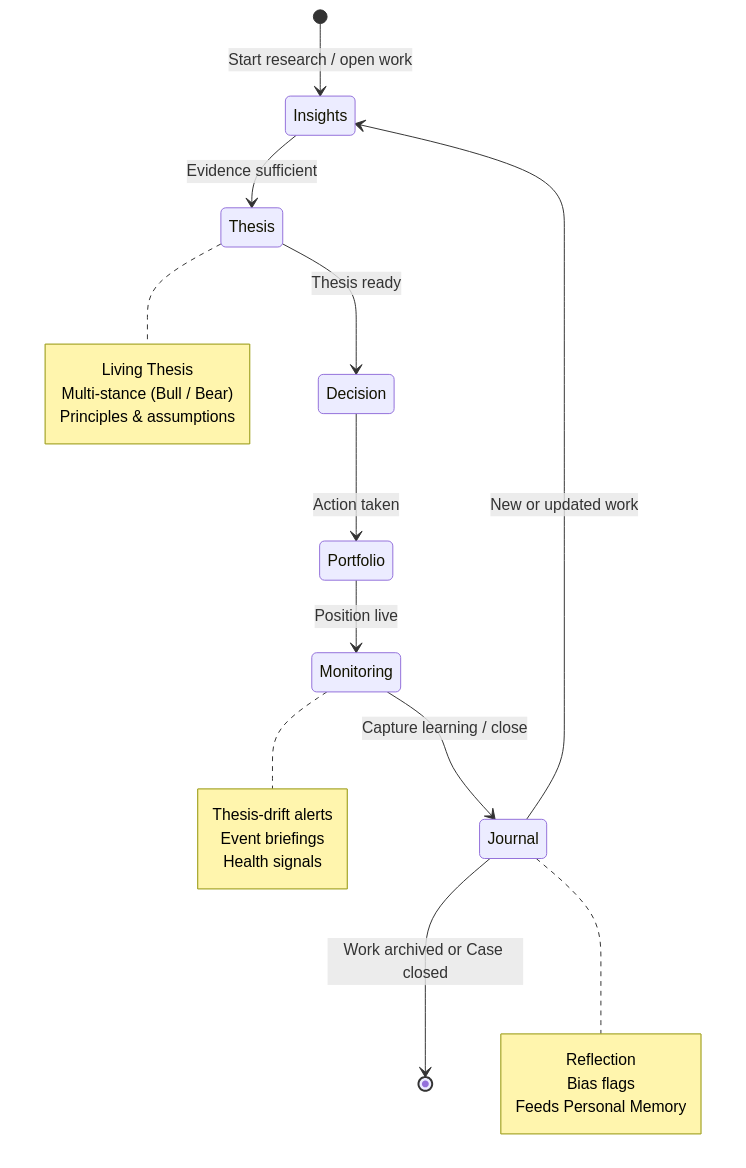
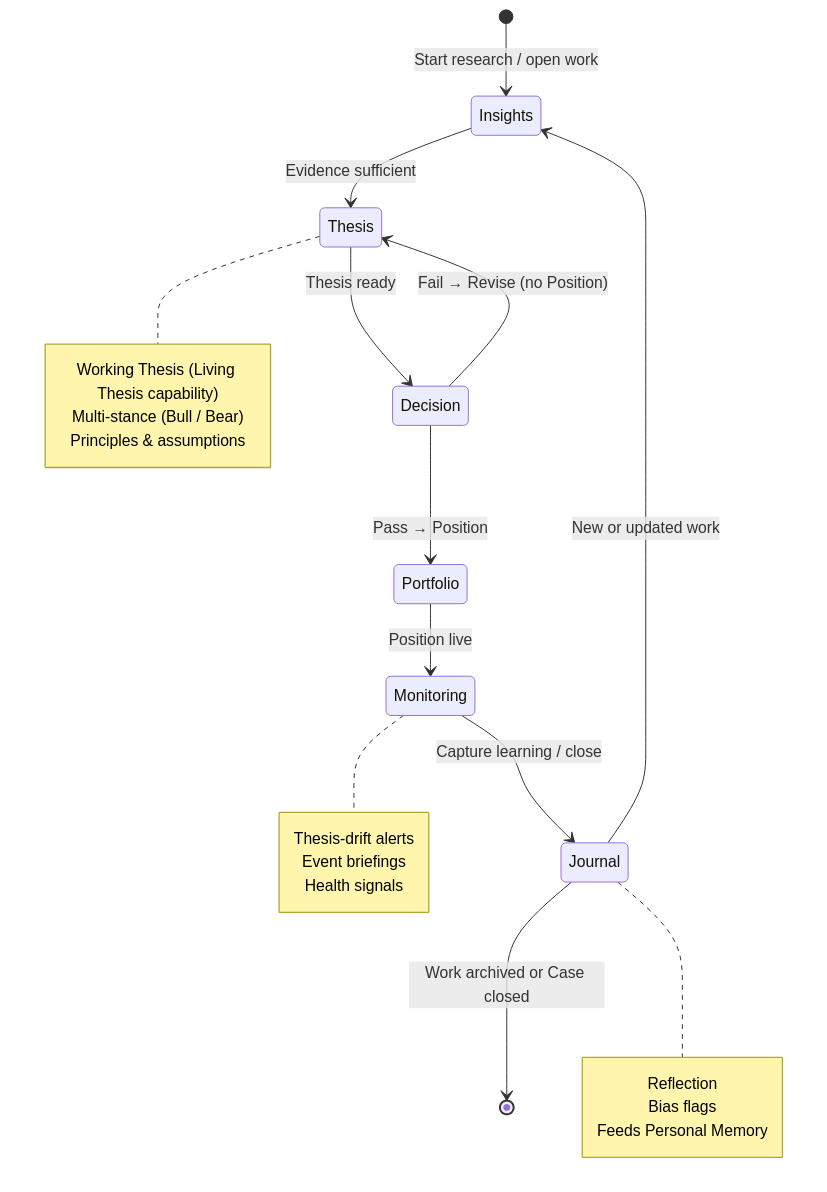
One commit to d-dragon/dp-stock-investment-assistant changed the third of 8 diagrams in docs/system/PRODUCT_SPECIFICATION.md. Above: the diagram before and after it, drawn with Mermaid. The commit also changed other lines of this file and 11 other files, not shown here.

````diff
--- a/docs/system/PRODUCT_SPECIFICATION.md
+++ b/docs/system/PRODUCT_SPECIFICATION.md
@@ -213,29 +236,30 @@
 ```mermaid
 stateDiagram-v2
     [*] --> Insights: Start research / open work
     Insights --> Thesis: Evidence sufficient
     Thesis --> Decision: Thesis ready
-    Decision --> Portfolio: Action taken
+    Decision --> Portfolio: Pass → Position
+    Decision --> Thesis: Fail → Revise (no Position)
     Portfolio --> Monitoring: Position live
     Monitoring --> Journal: Capture learning / close
     Journal --> Insights: New or updated work
     Journal --> [*]: Work archived or Case closed
 
     note right of Thesis
-        Living Thesis
+        Working Thesis (Living Thesis capability)
         Multi-stance (Bull / Bear)
         Principles & assumptions
     end note
 
     note right of Monitoring
         Thesis-drift alerts
         Event briefings
         Health signals
     end note
 
     note right of Journal
         Reflection
         Bias flags
         Feeds Personal Memory
     end note
 ```
````
